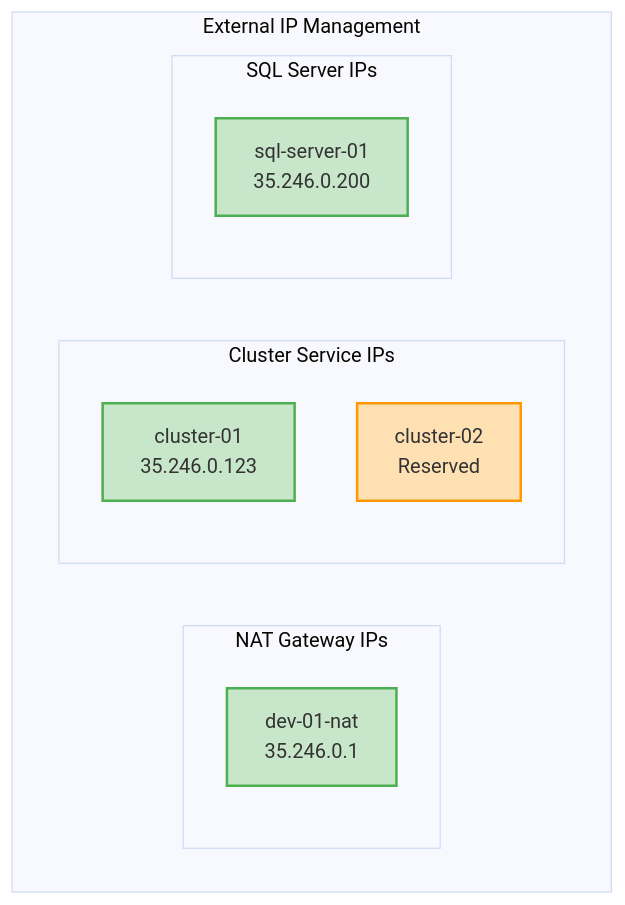
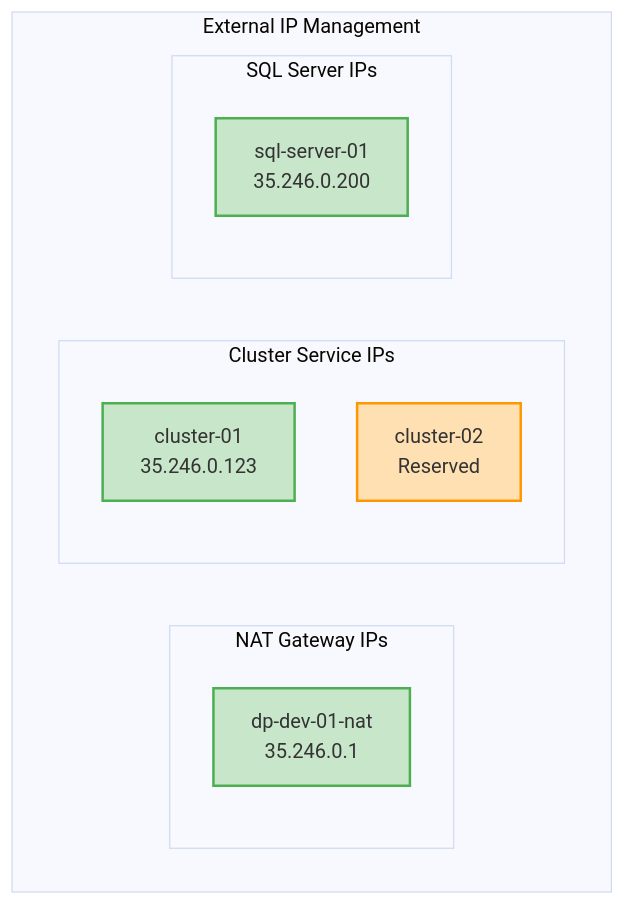
Before and after one commit to spolspol/terragrunt-gcp-org-automation: the ninth of 9 diagrams in docs/IP_ALLOCATION.md, drawn with Mermaid (base theme). The commit also changed other lines of this file and 243 other files, not shown here.

````diff
--- a/docs/IP_ALLOCATION.md
+++ b/docs/IP_ALLOCATION.md
@@ -464,23 +464,23 @@
 ```mermaid
 flowchart TB
     subgraph "External IP Management"
         subgraph NAT["NAT Gateway IPs"]
-            NAT1["dev-01-nat<br/>35.246.0.1"]
+            NAT1["dp-dev-01-nat<br/>35.246.0.1"]
         end
         
         subgraph CLUSTER["Cluster Service IPs"]
             CL1["cluster-01<br/>35.246.0.123"]
             CL2["cluster-02<br/>Reserved"]
         end
         
         subgraph SQL["SQL Server IPs"]
             SQL1["sql-server-01<br/>35.246.0.200"]
         end
     end
     
     classDef active fill:#C8E6C9,stroke:#4CAF50,stroke-width:2px
     classDef reserved fill:#FFE0B2,stroke:#FF9800,stroke-width:2px
     
     class NAT1,CL1,SQL1 active
     class CL2 reserved
 ```
````
